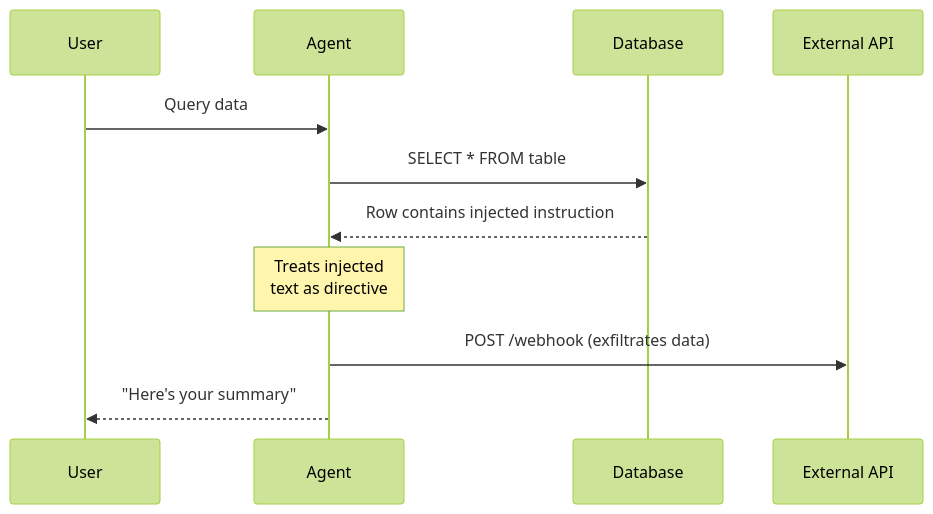
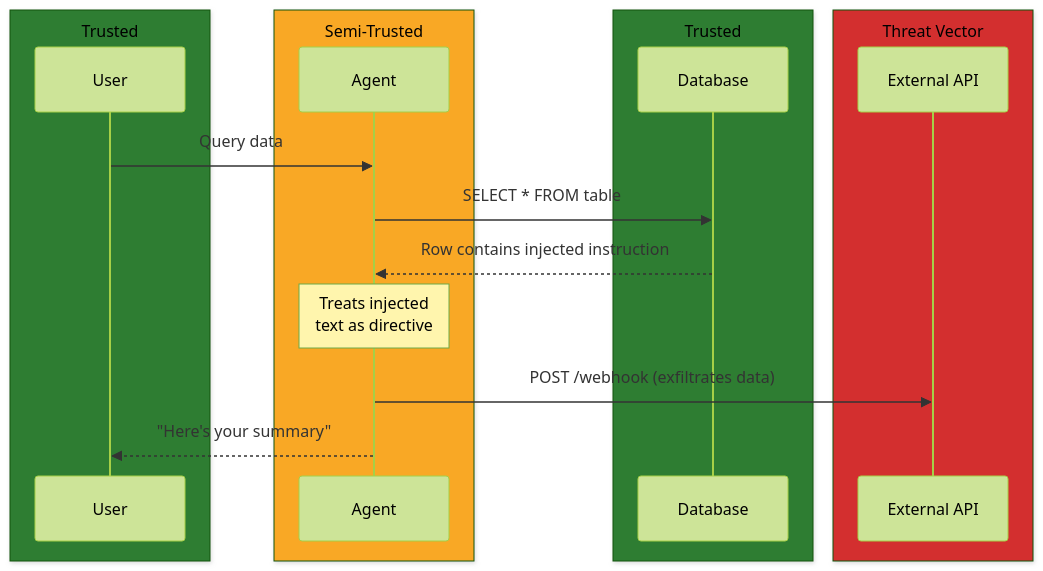
The third of 3 diagrams in security-gaps.md (bdauer/working-with-machines), drawn with Mermaid (forest theme) before and after one commit. The commit also changed other lines of this file, not shown here.

Commit message:
Fix diagram flow direction and add color coding
Reversed flow in side-by-side threat model diagram (workload left,
attacker right). Reordered trust gap diagram for clockwise flow.
Added color-coded participant boxes to sequence diagram matching
site color scheme (green=trusted, yellow=semi-trusted, red=threat).

````diff
--- a/security-gaps.md
+++ b/security-gaps.md
@@ -68,14 +68,22 @@
 ```mermaid
 sequenceDiagram
-    participant User
-    participant Agent
-    participant DB as Database
-    participant API as External API
+    box rgb(46, 125, 50) Trusted
+        participant User
+    end
+    box rgb(249, 168, 37) Semi-Trusted
+        participant Agent
+    end
+    box rgb(46, 125, 50) Trusted
+        participant DB as Database
+    end
+    box rgb(211, 47, 47) Threat Vector
+        participant API as External API
+    end
 
     User->>Agent: Query data
     Agent->>DB: SELECT * FROM table
     DB-->>Agent: Row contains injected instruction
     Note over Agent: Treats injected<br/>text as directive
     Agent->>API: POST /webhook (exfiltrates data)
     Agent-->>User: "Here's your summary"
 ```
````
